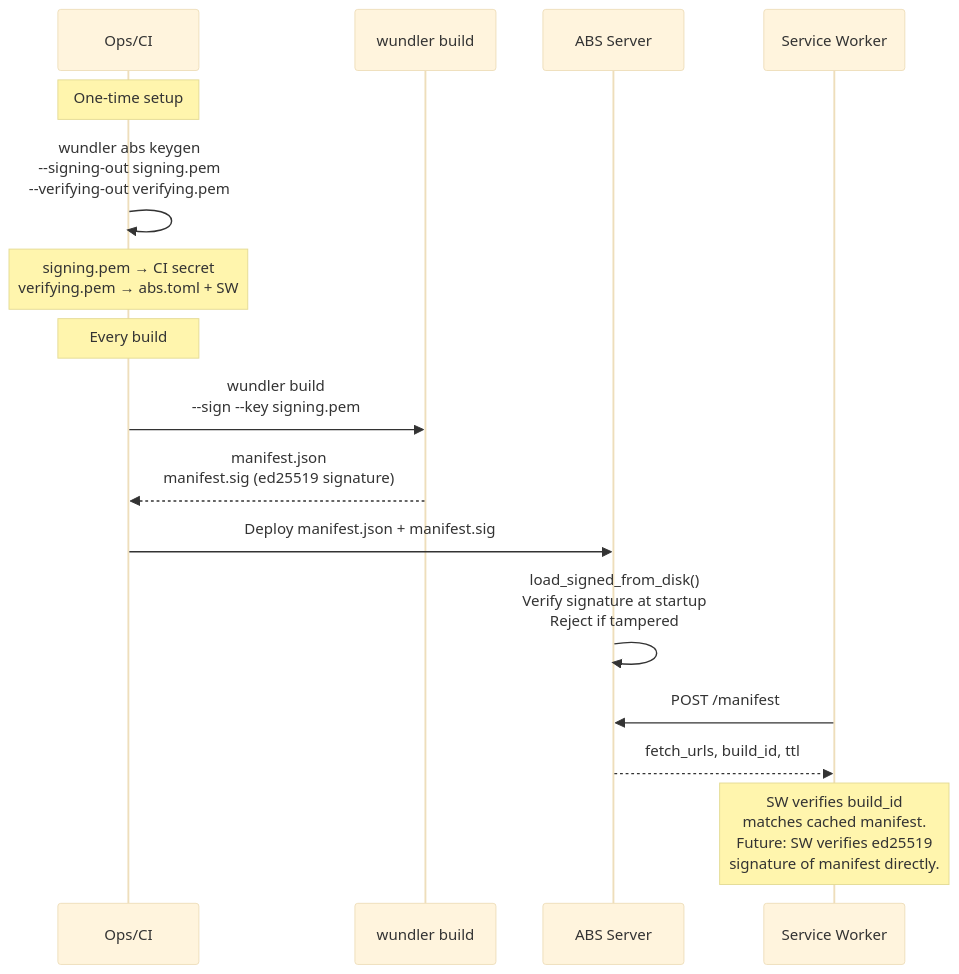
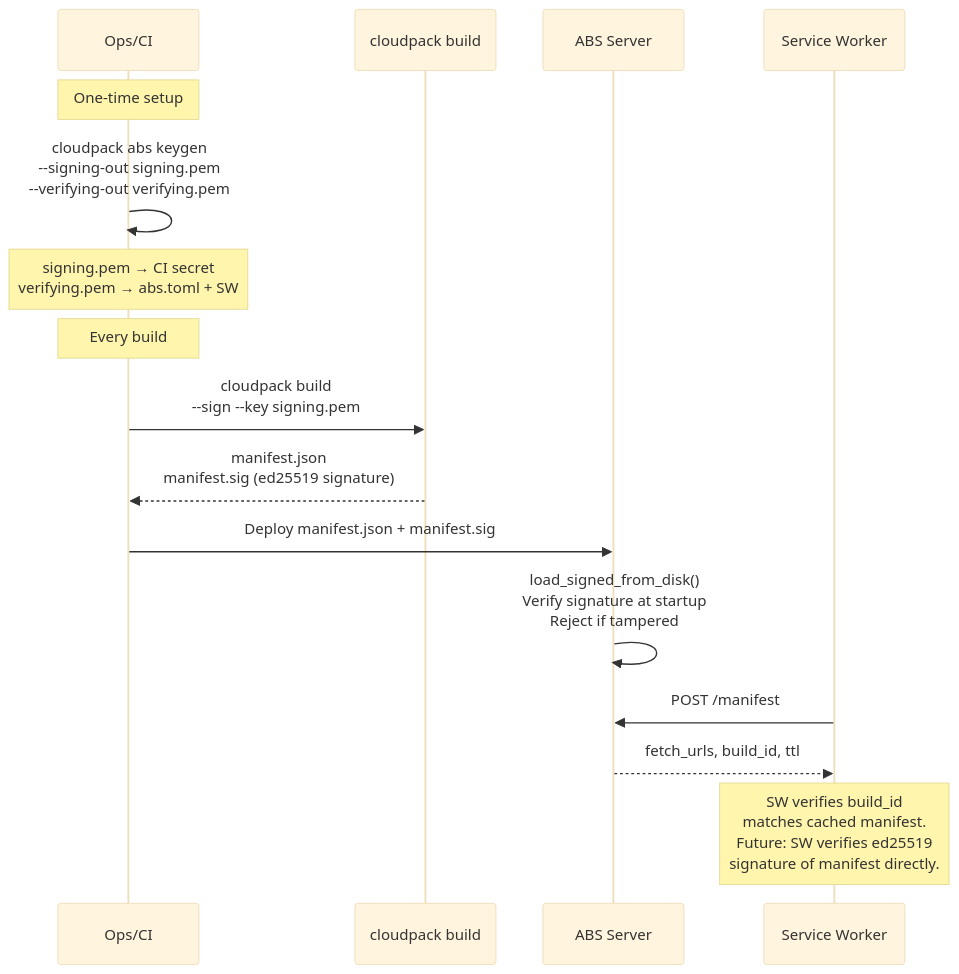
One commit to kenotron-ms/wundler changed the eighth of 8 diagrams in docs/WORKFLOWS.md. Above: the diagram before and after it, drawn with Mermaid (base theme). The commit also changed other lines of this file and 394 other files, not shown here.

Commit message:
chore: rename project wundler → cloudpack

````diff
--- a/docs/WORKFLOWS.md
+++ b/docs/WORKFLOWS.md
@@ -208,23 +208,23 @@
 ```mermaid
 sequenceDiagram
     participant Ops as Ops/CI
-    participant WB as wundler build
+    participant WB as cloudpack build
     participant ABS as ABS Server
     participant SW as Service Worker
 
     Note over Ops: One-time setup
-    Ops->>Ops: wundler abs keygen<br/>--signing-out signing.pem<br/>--verifying-out verifying.pem
+    Ops->>Ops: cloudpack abs keygen<br/>--signing-out signing.pem<br/>--verifying-out verifying.pem
 
     Note over Ops: signing.pem → CI secret<br/>verifying.pem → abs.toml + SW
 
     Note over Ops: Every build
-    Ops->>WB: wundler build<br/>--sign --key signing.pem
+    Ops->>WB: cloudpack build<br/>--sign --key signing.pem
     WB-->>Ops: manifest.json<br/>manifest.sig (ed25519 signature)
 
     Ops->>ABS: Deploy manifest.json + manifest.sig
     ABS->>ABS: load_signed_from_disk()<br/>Verify signature at startup<br/>Reject if tampered
 
     SW->>ABS: POST /manifest
     ABS-->>SW: fetch_urls, build_id, ttl
     Note over SW: SW verifies build_id<br/>matches cached manifest.<br/>Future: SW verifies ed25519<br/>signature of manifest directly.
 ```
````
